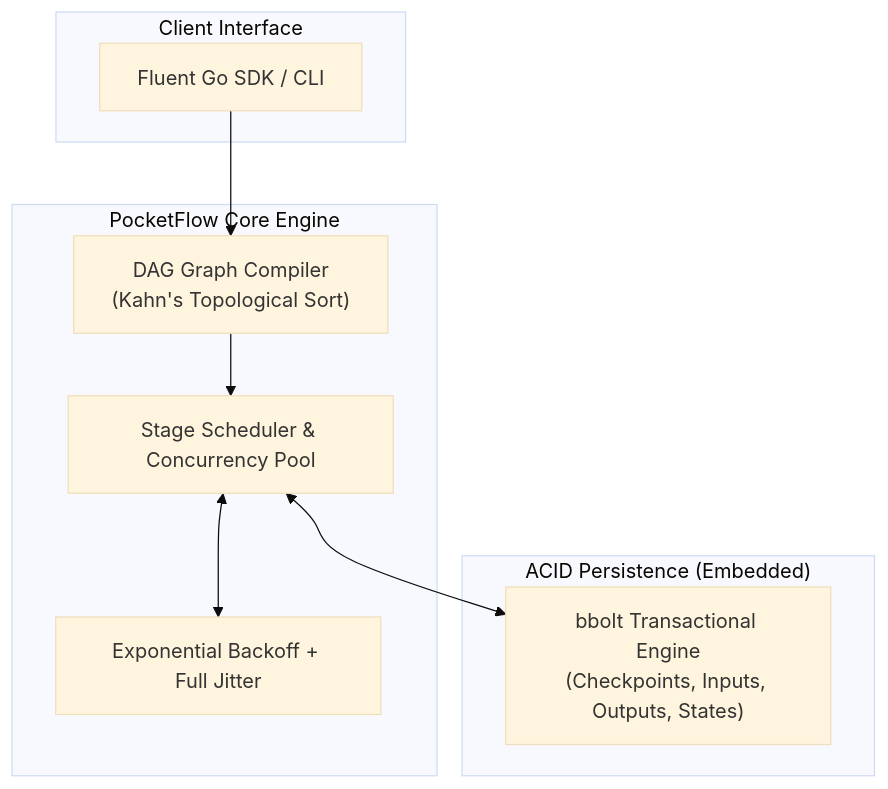
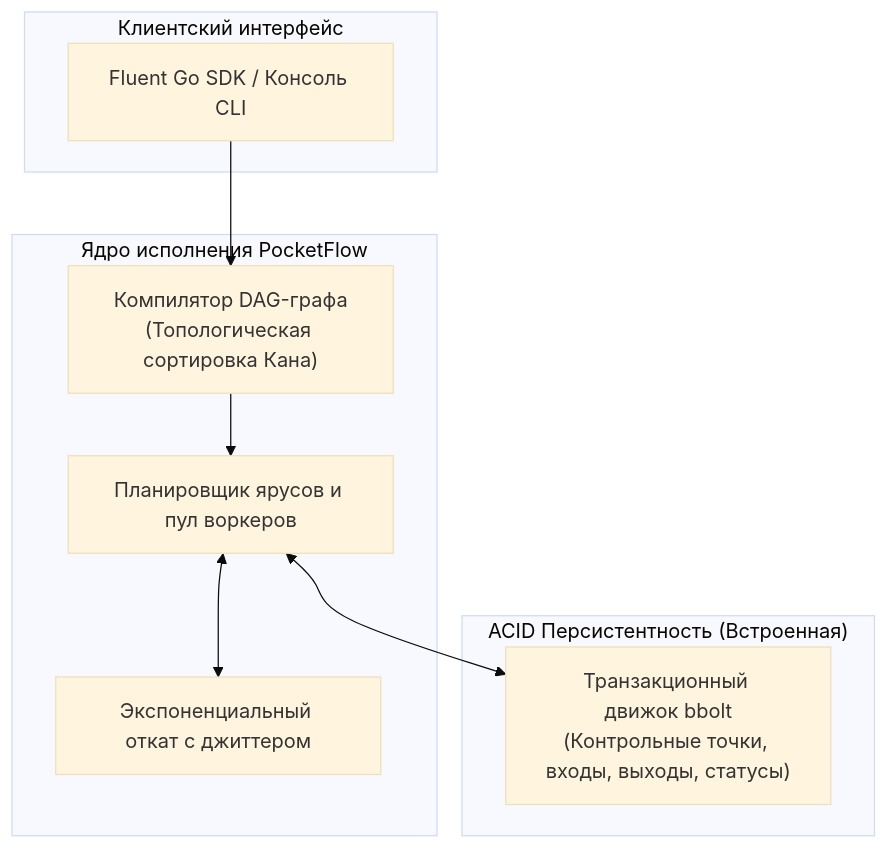
One commit to kemranbatcaev02-gif/pocketflow changed the diagram in README.md. Above: the diagram before and after it, drawn with Mermaid (base theme). The commit also changed other lines of this file, not shown here.

````diff
--- a/README.md
+++ b/README.md
@@ -176,21 +175,21 @@
 ```mermaid
 flowchart TD
-    subgraph Client ["Client Interface"]
-        API["Fluent Go SDK / CLI"]
+    subgraph Client ["Клиентский интерфейс"]
+        API["Fluent Go SDK / Консоль CLI"]
     end
 
-    subgraph Core ["PocketFlow Core Engine"]
-        DAG["DAG Graph Compiler<br/>(Kahn's Topological Sort)"]
-        Scheduler["Stage Scheduler & Concurrency Pool"]
-        Backoff["Exponential Backoff + Full Jitter"]
+    subgraph Core ["Ядро исполнения PocketFlow"]
+        DAG["Компилятор DAG-графа<br/>(Топологическая сортировка Кана)"]
+        Scheduler["Планировщик ярусов и пул воркеров"]
+        Backoff["Экспоненциальный откат с джиттером"]
     end
 
-    subgraph State ["ACID Persistence (Embedded)"]
-        Bolt["bbolt Transactional Engine<br/>(Checkpoints, Inputs, Outputs, States)"]
+    subgraph State ["ACID Персистентность (Встроенная)"]
+        Bolt["Транзакционный движок bbolt<br/>(Контрольные точки, входы, выходы, статусы)"]
     end
 
     API --> DAG
     DAG --> Scheduler
     Scheduler <--> Backoff
     Scheduler <--> Bolt
 ```
````
